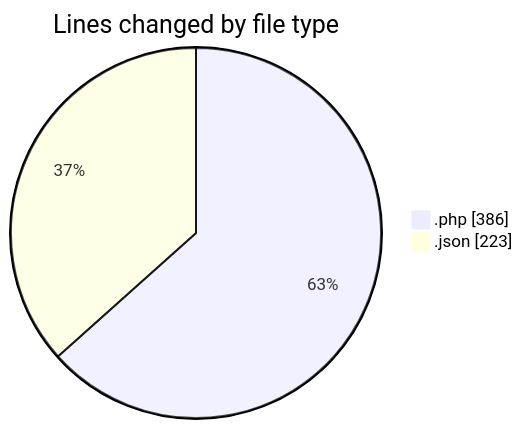
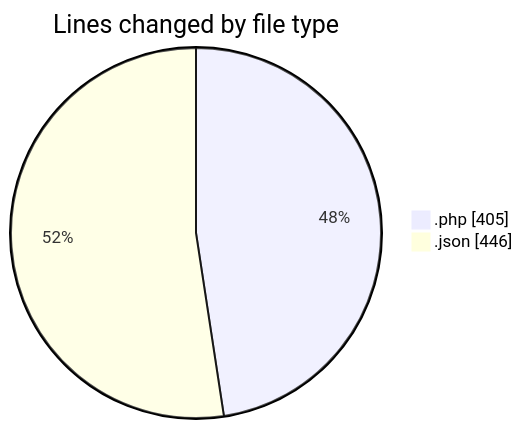
Before and after one commit to idhammustaqopulfikri/code-tracking: the first of 2 diagrams in 2025-03-27/autodidak/README.md, drawn with Mermaid. The commit also changed other lines of this file and 1 other file, not shown here.

````diff
--- a/2025-03-27/autodidak/README.md
+++ b/2025-03-27/autodidak/README.md
@@ -27,6 +27,6 @@
 ```mermaid
 pie showData
 title Lines changed by file type
-".php" : 386
-".json" : 223
+".php" : 405
+".json" : 446
 ```
````
